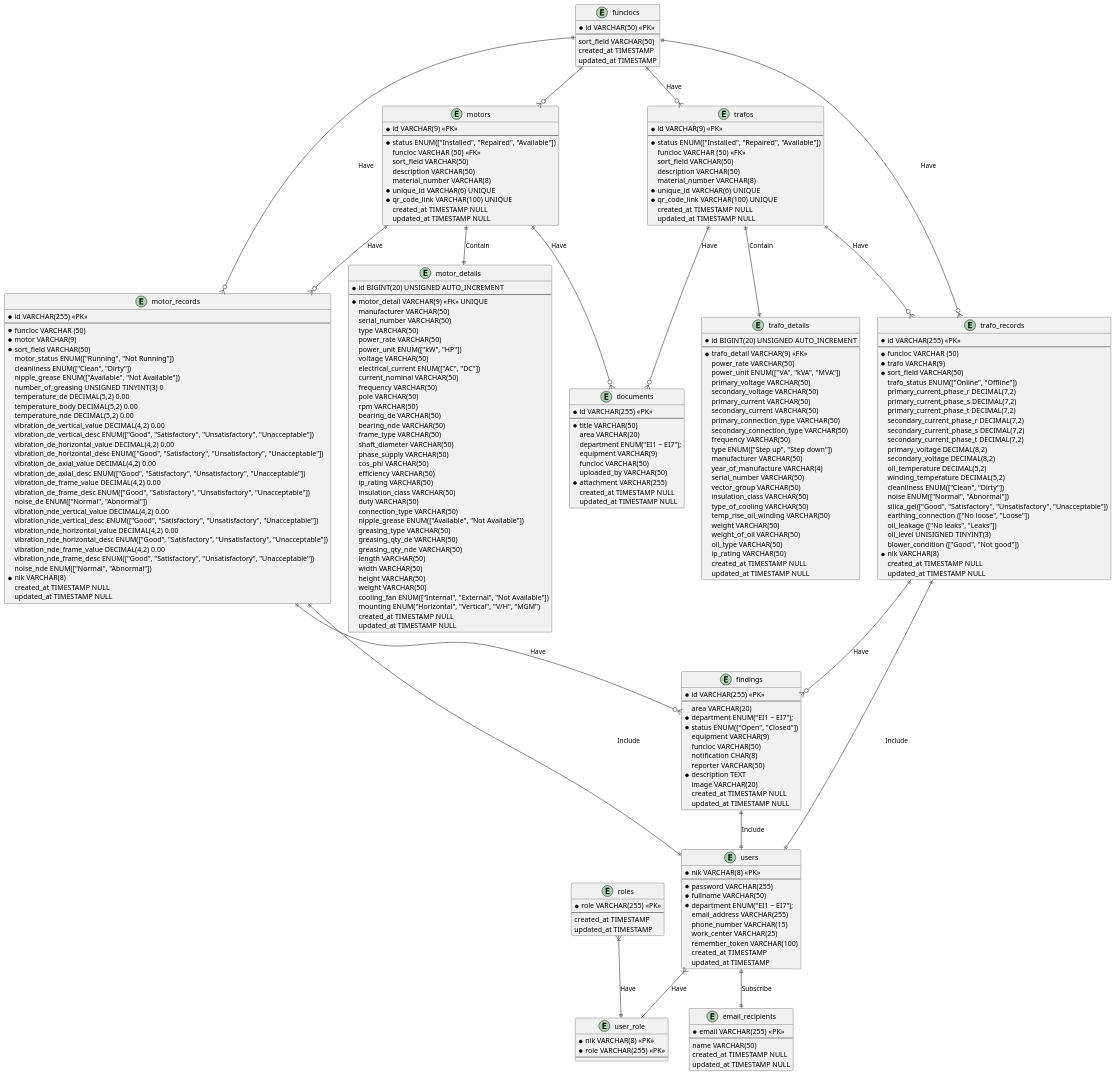
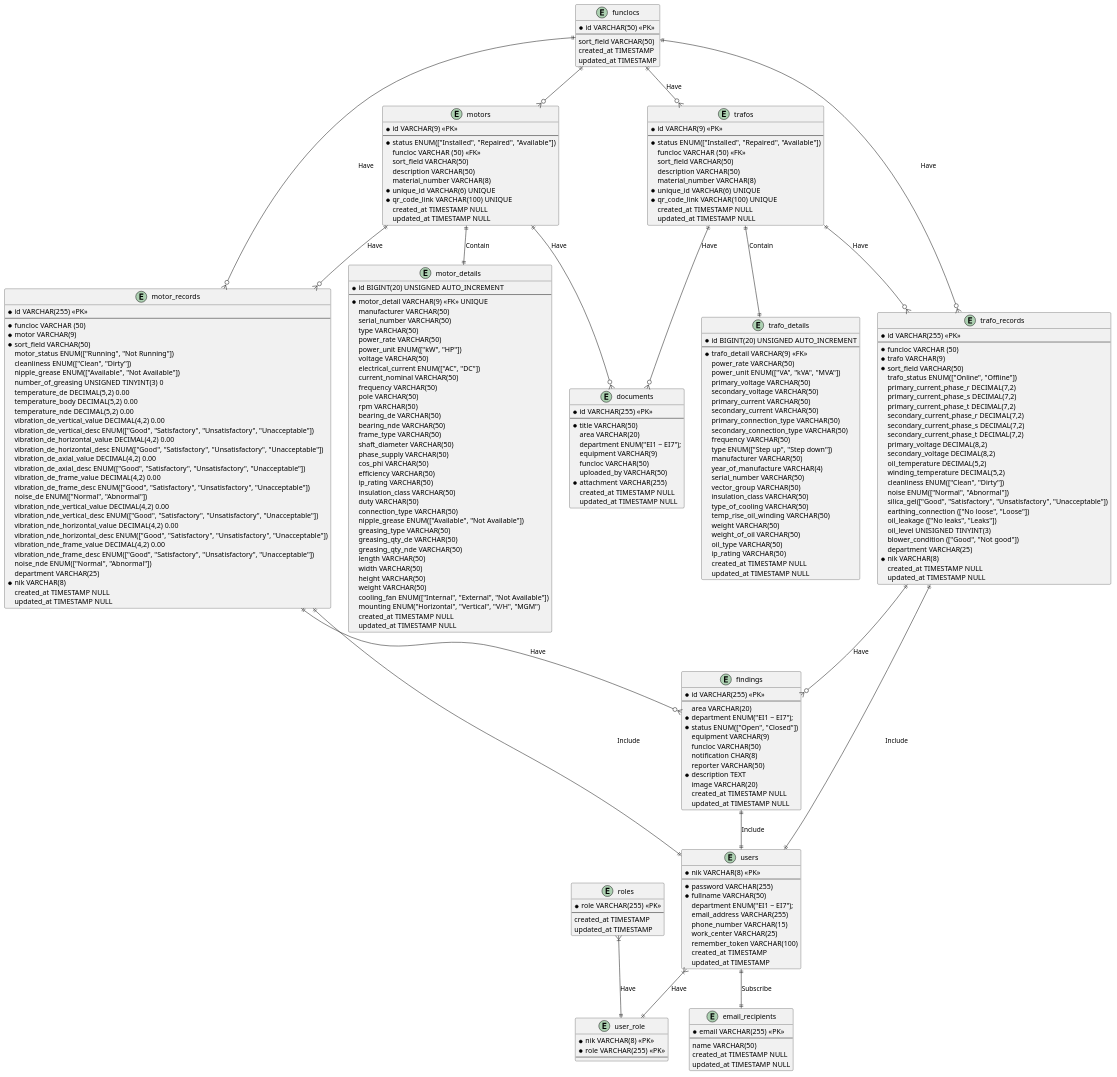
The diagram in docs/fajar_e_maintenance.puml (doniduaasattuu/fajar-e-maintenance), drawn with PlantUML before and after one commit. The commit also changed 16 other files, not shown here.

```diff
--- a/docs/fajar_e_maintenance.puml
+++ b/docs/fajar_e_maintenance.puml
@@ -5,7 +5,7 @@
   --
   * password VARCHAR(255)
   * fullname VARCHAR(50)
-  * department ENUM("EI1 ~ EI7");
+    department ENUM("EI1 ~ EI7");
     email_address VARCHAR(255)
     phone_number VARCHAR(15)
     work_center VARCHAR(25)
@@ -120,6 +120,7 @@
     vibration_nde_frame_value DECIMAL(4,2) 0.00
     vibration_nde_frame_desc ENUM(["Good", "Satisfactory", "Unsatisfactory", "Unacceptable"])   
     noise_nde ENUM(["Normal", "Abnormal"])
+    department VARCHAR(25)
   * nik VARCHAR(8)
     created_at TIMESTAMP NULL
     updated_at TIMESTAMP NULL
@@ -192,6 +193,7 @@
     oil_leakage (["No leaks", "Leaks"])
     oil_level UNISIGNED TINYINT(3)
     blower_condition (["Good", "Not good"])
+    department VARCHAR(25)
   * nik VARCHAR(8)
     created_at TIMESTAMP NULL
     updated_at TIMESTAMP NULL
```
